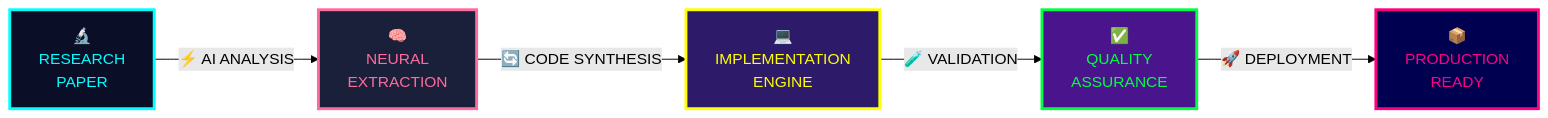
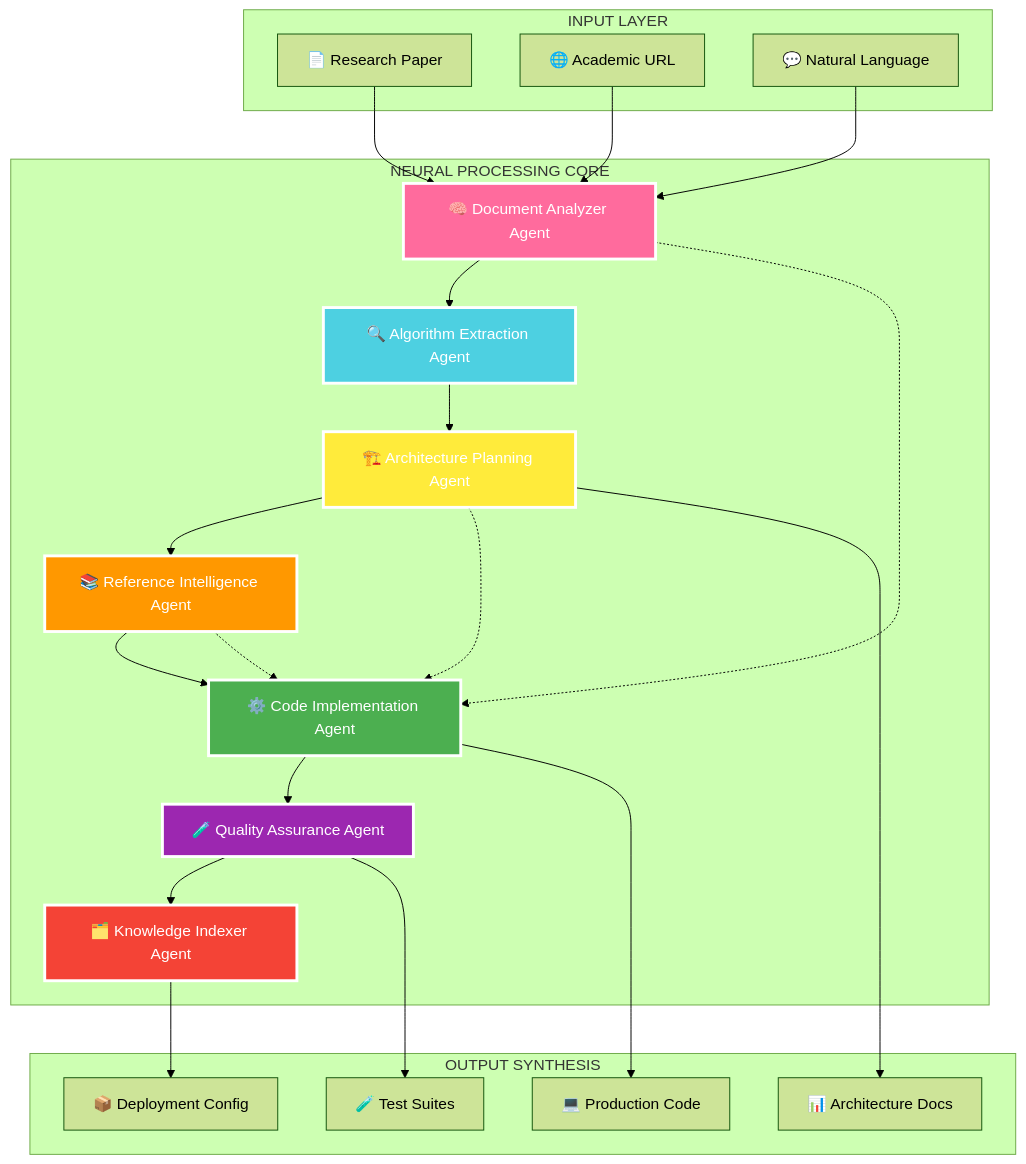
Before and after one commit to randy888chan/DeepCode: the first of 2 diagrams in README.md, drawn with Mermaid (forest theme). The commit also changed other lines of this file, not shown here.

````diff
--- a/README.md
+++ b/README.md
@@ -47,13 +120,51 @@
 ```mermaid
-graph LR
-    A["🔬<br/>RESEARCH<br/>PAPER"] -->|"⚡ AI ANALYSIS"| B["🧠<br/>NEURAL<br/>EXTRACTION"]
-    B -->|"🔄 CODE SYNTHESIS"| C["💻<br/>IMPLEMENTATION<br/>ENGINE"]
-    C -->|"🧪 VALIDATION"| D["✅<br/>QUALITY<br/>ASSURANCE"]
-    D -->|"🚀 DEPLOYMENT"| E["📦<br/>PRODUCTION<br/>READY"]
-
-    style A fill:#0a0e27,stroke:#00ffff,stroke-width:3px,color:#00ffff
-    style B fill:#1a1f3a,stroke:#ff6b9d,stroke-width:3px,color:#ff6b9d
-    style C fill:#2d1b69,stroke:#ffff00,stroke-width:3px,color:#ffff00
-    style D fill:#4a148c,stroke:#00ff41,stroke-width:3px,color:#00ff41
-    style E fill:#000051,stroke:#ff0080,stroke-width:3px,color:#ff0080
+graph TB
+    subgraph "INPUT LAYER"
+        A[📄 Research Paper] 
+        B[🌐 Academic URL]
+        C[💬 Natural Language]
+    end
+    
+    subgraph "NEURAL PROCESSING CORE"
+        D[🧠 Document Analyzer Agent]
+        E[🔍 Algorithm Extraction Agent]
+        F[🏗️ Architecture Planning Agent]
+        G[📚 Reference Intelligence Agent]
+        H[⚙️ Code Implementation Agent]
+        I[🧪 Quality Assurance Agent]
+        J[🗂️ Knowledge Indexer Agent]
+    end
+    
+    subgraph "OUTPUT SYNTHESIS"
+        K[💻 Production Code]
+        L[📊 Architecture Docs]
+        M[🧪 Test Suites]
+        N[📦 Deployment Config]
+    end
+    
+    A --> D
+    B --> D  
+    C --> D
+    D --> E
+    E --> F
+    F --> G
+    G --> H
+    H --> I
+    I --> J
+    D -.-> H
+    F -.-> H
+    G -.-> H
+    
+    H --> K
+    F --> L
+    I --> M
+    J --> N
+    
+    style D fill:#ff6b9d,stroke:#fff,stroke-width:3px,color:#fff
+    style E fill:#4dd0e1,stroke:#fff,stroke-width:3px,color:#fff
+    style F fill:#ffeb3b,stroke:#fff,stroke-width:3px,color:#fff
+    style G fill:#ff9800,stroke:#fff,stroke-width:3px,color:#fff
+    style H fill:#4caf50,stroke:#fff,stroke-width:3px,color:#fff
+    style I fill:#9c27b0,stroke:#fff,stroke-width:3px,color:#fff
+    style J fill:#f44336,stroke:#fff,stroke-width:3px,color:#fff
 ```
````
